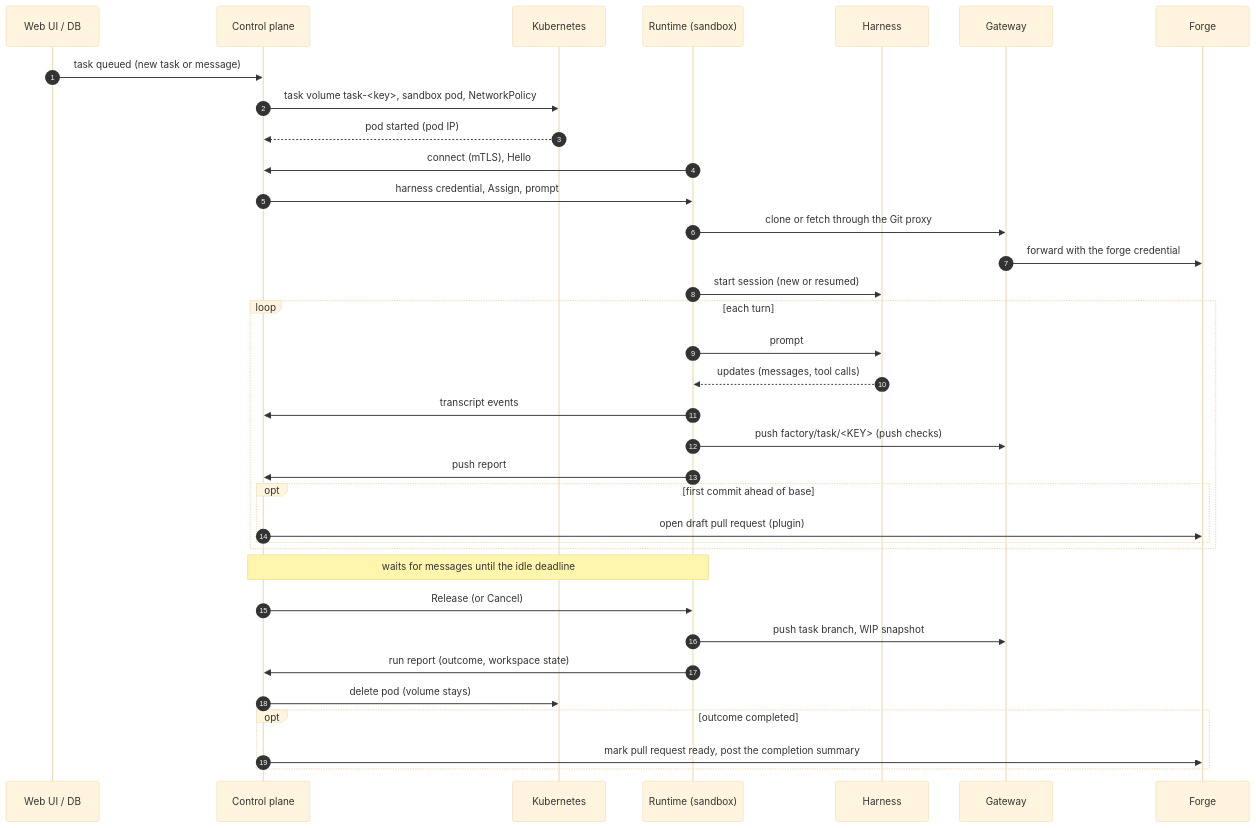
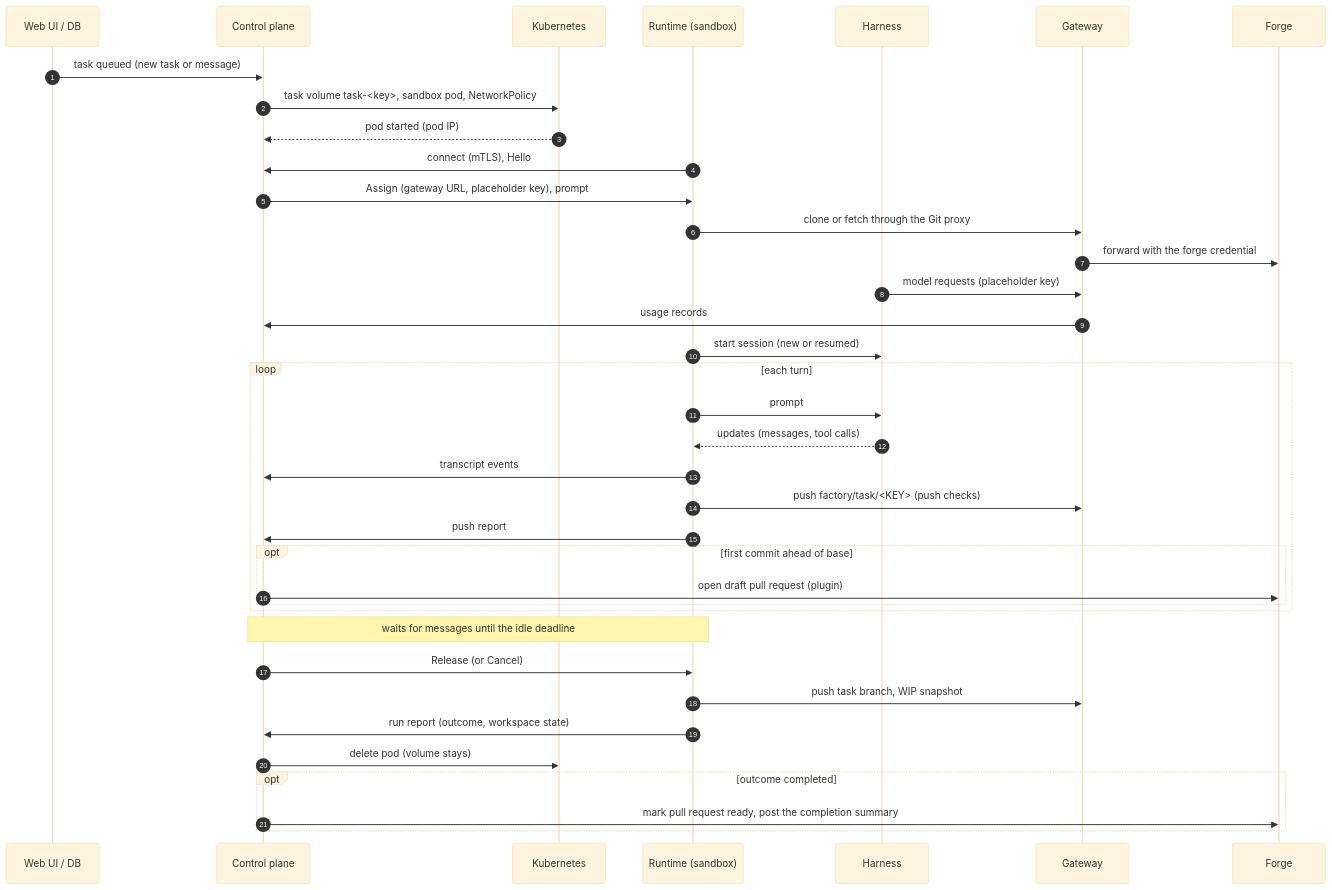
The diagram in docs/content/architecture/agent-runs.md (prskr/dark-factory), drawn with Mermaid (base theme) before and after one commit. The commit also changed other lines of this file and 196 other files, not shown here.

First line of the commit message:
feat(gateway): inference endpoint with model providers and gateway usage

````diff
--- a/docs/content/architecture/agent-runs.md
+++ b/docs/content/architecture/agent-runs.md
@@ -14,38 +14,40 @@
 ```mermaid
 sequenceDiagram
     autonumber
     participant UI as Web UI / DB
     participant CP as Control plane
     participant K as Kubernetes
     participant R as Runtime (sandbox)
     participant H as Harness
     participant G as Gateway
     participant F as Forge
 
     UI->>CP: task queued (new task or message)
     CP->>K: task volume task-<key>, sandbox pod, NetworkPolicy
     K-->>CP: pod started (pod IP)
     R->>CP: connect (mTLS), Hello
-    CP->>R: harness credential, Assign, prompt
+    CP->>R: Assign (gateway URL, placeholder key), prompt
     R->>G: clone or fetch through the Git proxy
     G->>F: forward with the forge credential
+    H->>G: model requests (placeholder key)
+    G->>CP: usage records
     R->>H: start session (new or resumed)
     loop each turn
         R->>H: prompt
         H-->>R: updates (messages, tool calls)
         R->>CP: transcript events
         R->>G: push factory/task/<KEY> (push checks)
         R->>CP: push report
         opt first commit ahead of base
             CP->>F: open draft pull request (plugin)
         end
     end
     Note over CP,R: waits for messages until the idle deadline
     CP->>R: Release (or Cancel)
     R->>G: push task branch, WIP snapshot
     R->>CP: run report (outcome, workspace state)
     CP->>K: delete pod (volume stays)
     opt outcome completed
         CP->>F: mark pull request ready, post the completion summary
     end
 ```
````
